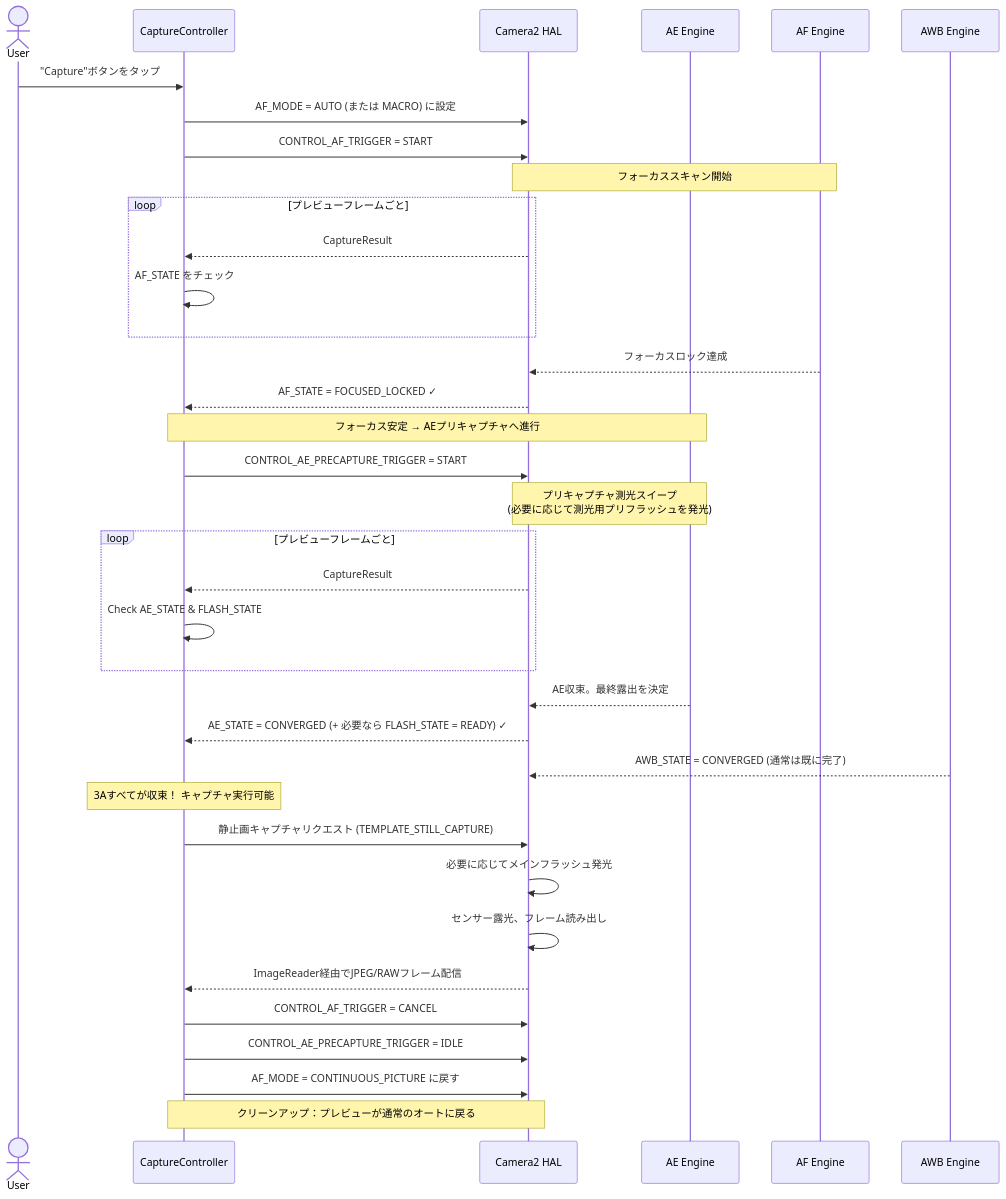
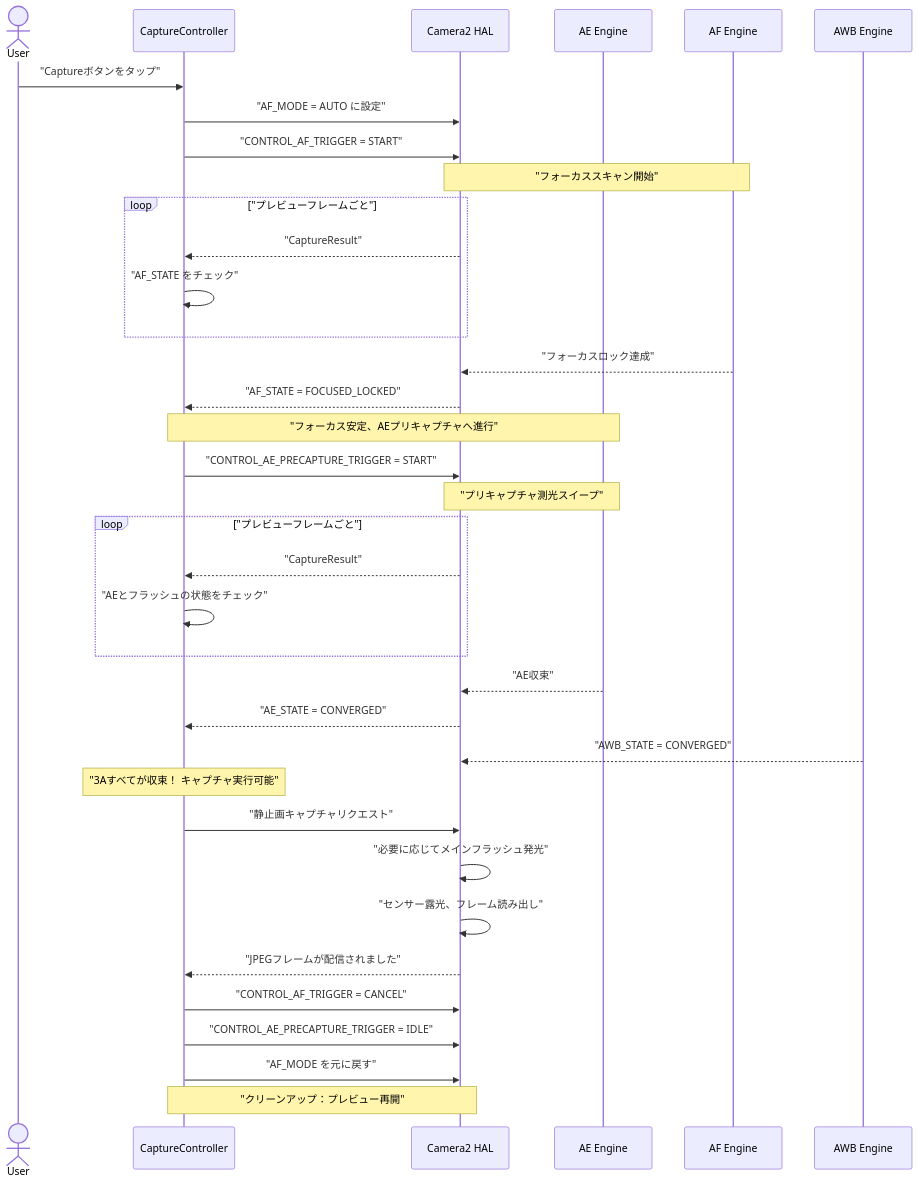
The first of 2 diagrams in website/i18n/ja/docusaurus-plugin-content-docs/current/camera2/3a-pipeline.md (zoozooll/AndroidCameraParameters), drawn with Mermaid before and after one commit. The commit also changed other lines of this file and 77 other files, not shown here.

First line of the commit message:
docs: standardize Mermaid syntax and polish 3A pipeline translations

````diff
--- a/website/i18n/ja/docusaurus-plugin-content-docs/current/camera2/3a-pipeline.md
+++ b/website/i18n/ja/docusaurus-plugin-content-docs/current/camera2/3a-pipeline.md
@@ -22,46 +21,46 @@
 ```mermaid
 sequenceDiagram
     actor User
     participant App as CaptureController
     participant HAL as Camera2 HAL
     participant AE as AE Engine
     participant AF as AF Engine
     participant AWB as AWB Engine
 
-    User->>App: "Capture"ボタンをタップ
-    App->>HAL: AF_MODE = AUTO (または MACRO) に設定
-    App->>HAL: CONTROL_AF_TRIGGER = START
-    Note over HAL,AF: フォーカススキャン開始
+    User->>App: "Captureボタンをタップ"
+    App->>HAL: "AF_MODE = AUTO に設定"
+    App->>HAL: "CONTROL_AF_TRIGGER = START"
+    Note over HAL,AF: "フォーカススキャン開始"
 
-    loop プレビューフレームごと
-        HAL-->>App: CaptureResult
-        App->>App: AF_STATE をチェック
+    loop "プレビューフレームごと"
+        HAL-->>App: "CaptureResult"
+        App->>App: "AF_STATE をチェック"
     end
 
-    AF-->>HAL: フォーカスロック達成
-    HAL-->>App: AF_STATE = FOCUSED_LOCKED ✓
-    Note over App,AE: フォーカス安定 → AEプリキャプチャへ進行
+    AF-->>HAL: "フォーカスロック達成"
+    HAL-->>App: "AF_STATE = FOCUSED_LOCKED"
+    Note over App,AE: "フォーカス安定、AEプリキャプチャへ進行"
 
-    App->>HAL: CONTROL_AE_PRECAPTURE_TRIGGER = START
-    Note over HAL,AE: プリキャプチャ測光スイープ<br/>(必要に応じて測光用プリフラッシュを発光)
+    App->>HAL: "CONTROL_AE_PRECAPTURE_TRIGGER = START"
+    Note over HAL,AE: "プリキャプチャ測光スイープ"
 
-    loop プレビューフレームごと
-        HAL-->>App: CaptureResult
-        App->>App: Check AE_STATE & FLASH_STATE
+    loop "プレビューフレームごと"
+        HAL-->>App: "CaptureResult"
+        App->>App: "AEとフラッシュの状態をチェック"
     end
 
-    AE-->>HAL: AE収束。最終露出を決定
-    HAL-->>App: AE_STATE = CONVERGED (+ 必要なら FLASH_STATE = READY) ✓
-    AWB-->>HAL: AWB_STATE = CONVERGED (通常は既に完了)
-    Note over App: 3Aすべてが収束！ キャプチャ実行可能
+    AE-->>HAL: "AE収束"
+    HAL-->>App: "AE_STATE = CONVERGED"
+    AWB-->>HAL: "AWB_STATE = CONVERGED"
+    Note over App: "3Aすべてが収束！ キャプチャ実行可能"
 
-    App->>HAL: 静止画キャプチャリクエスト (TEMPLATE_STILL_CAPTURE)
-    HAL->>HAL: 必要に応じてメインフラッシュ発光
-    HAL->>HAL: センサー露光、フレーム読み出し
-    HAL-->>App: ImageReader経由でJPEG/RAWフレーム配信
+    App->>HAL: "静止画キャプチャリクエスト"
+    HAL->>HAL: "必要に応じてメインフラッシュ発光"
+    HAL->>HAL: "センサー露光、フレーム読み出し"
+    HAL-->>App: "JPEGフレームが配信されました"
 
-    App->>HAL: CONTROL_AF_TRIGGER = CANCEL
-    App->>HAL: CONTROL_AE_PRECAPTURE_TRIGGER = IDLE
-    App->>HAL: AF_MODE = CONTINUOUS_PICTURE に戻す
-    Note over App,HAL: クリーンアップ：プレビューが通常のオートに戻る
+    App->>HAL: "CONTROL_AF_TRIGGER = CANCEL"
+    App->>HAL: "CONTROL_AE_PRECAPTURE_TRIGGER = IDLE"
+    App->>HAL: "AF_MODE を元に戻す"
+    Note over App,HAL: "クリーンアップ：プレビュー再開"
 ```
````
